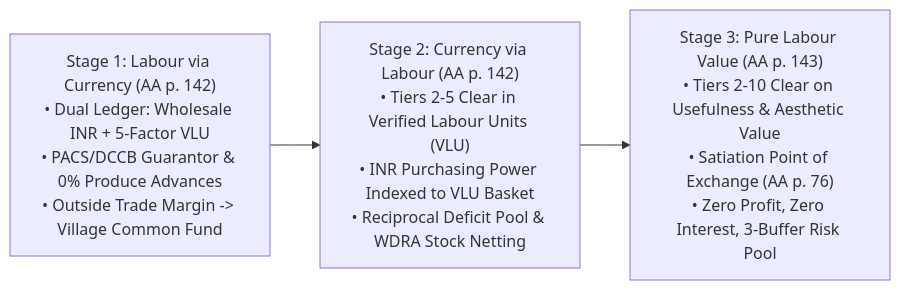
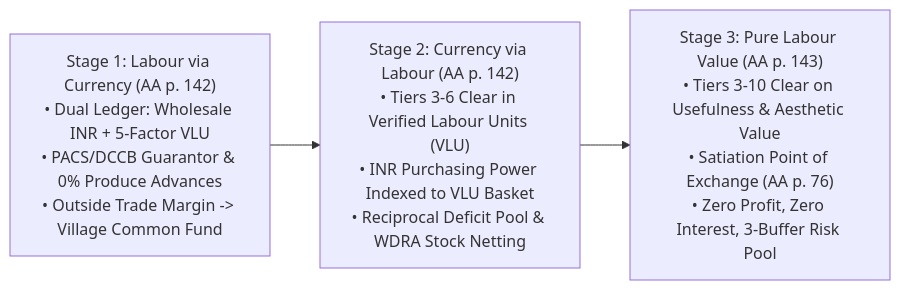
The third of 5 diagrams in Studies/Prosperity-Economics-And-Right-Use/Technical-Note-Ten-Tier-Agentic-Infrastructure.md (raghavamohan/AnalyticMadhyasthDarshan), drawn with Mermaid before and after one commit. The commit also changed other lines of this file and 15 other files, not shown here.

````diff
--- a/Studies/Prosperity-Economics-And-Right-Use/Technical-Note-Ten-Tier-Agentic-Infrastructure.md
+++ b/Studies/Prosperity-Economics-And-Right-Use/Technical-Note-Ten-Tier-Agentic-Infrastructure.md
@@ -311,8 +310,8 @@
 ```mermaid
 flowchart LR
     S1["Stage 1: Labour via Currency (AA p. 142)\n• Dual Ledger: Wholesale INR + 5-Factor VLU\n• PACS/DCCB Guarantor & 0% Produce Advances\n• Outside Trade Margin -> Village Common Fund"]
-    S2["Stage 2: Currency via Labour (AA p. 142)\n• Tiers 2-5 Clear in Verified Labour Units (VLU)\n• INR Purchasing Power Indexed to VLU Basket\n• Reciprocal Deficit Pool & WDRA Stock Netting"]
-    S3["Stage 3: Pure Labour Value (AA p. 143)\n• Tiers 2-10 Clear on Usefulness & Aesthetic Value\n• Satiation Point of Exchange (AA p. 76)\n• Zero Profit, Zero Interest, 3-Buffer Risk Pool"]
+    S2["Stage 2: Currency via Labour (AA p. 142)\n• Tiers 3-6 Clear in Verified Labour Units (VLU)\n• INR Purchasing Power Indexed to VLU Basket\n• Reciprocal Deficit Pool & WDRA Stock Netting"]
+    S3["Stage 3: Pure Labour Value (AA p. 143)\n• Tiers 3-10 Clear on Usefulness & Aesthetic Value\n• Satiation Point of Exchange (AA p. 76)\n• Zero Profit, Zero Interest, 3-Buffer Risk Pool"]
 
     S1 --> S2 --> S3
 ```
````
